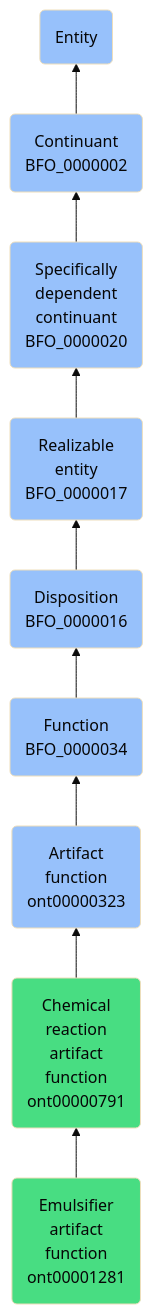
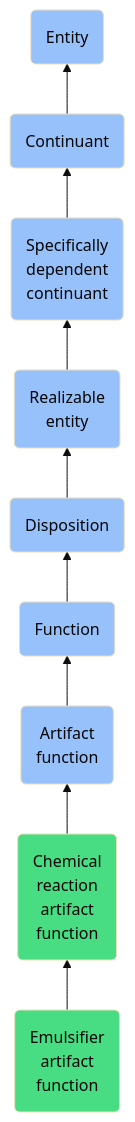
The diagram in docs/ontology/reference/model/Entity/Continuant/Specifically dependent continuant/Realizable entity/Disposition/Function/Artifact function/Chemical reaction artifact function/Emulsifier artifact function/Emulsifier artifact function.md (jupyter-naas/abi), drawn with Mermaid (base theme) before and after one commit. The commit also changed other lines of this file and 1430 other files, not shown here.

````diff
--- a/docs/ontology/reference/model/Entity/Continuant/Specifically dependent continuant/Realizable entity/Disposition/Function/Artifact function/Chemical reaction artifact function/Emulsifier artifact function/Emulsifier artifact function.md
+++ b/docs/ontology/reference/model/Entity/Continuant/Specifically dependent continuant/Realizable entity/Disposition/Function/Artifact function/Chemical reaction artifact function/Emulsifier artifact function/Emulsifier artifact function.md
@@ -24,16 +24,16 @@
 ```mermaid
 graph BT
-    ont00001281(Emulsifier<br>artifact<br>function<br>ont00001281):::ABI-->ont00000791
-    ont00000791(Chemical<br>reaction<br>artifact<br>function<br>ont00000791):::ABI-->ont00000323
-    ont00000323(Artifact<br>function<br>ont00000323):::BFO-->BFO_0000034
-    BFO_0000034(Function<br>BFO_0000034):::BFO-->BFO_0000016
-    BFO_0000016(Disposition<br>BFO_0000016):::BFO-->BFO_0000017
-    BFO_0000017(Realizable<br>entity<br>BFO_0000017):::BFO-->BFO_0000020
-    BFO_0000020(Specifically<br>dependent<br>continuant<br>BFO_0000020):::BFO-->BFO_0000002
-    BFO_0000002(Continuant<br>BFO_0000002):::BFO-->BFO_0000001
+    ont00001281(Emulsifier<br>artifact<br>function):::ABI-->ont00000791
+    ont00000791(Chemical<br>reaction<br>artifact<br>function):::ABI-->ont00000323
+    ont00000323(Artifact<br>function):::BFO-->BFO_0000034
+    BFO_0000034(Function):::BFO-->BFO_0000016
+    BFO_0000016(Disposition):::BFO-->BFO_0000017
+    BFO_0000017(Realizable<br>entity):::BFO-->BFO_0000020
+    BFO_0000020(Specifically<br>dependent<br>continuant):::BFO-->BFO_0000002
+    BFO_0000002(Continuant):::BFO-->BFO_0000001
     BFO_0000001(Entity):::BFO
     
     classDef BFO fill:#97c1fb,color:#060606
     classDef CCO fill:#e4c51e,color:#060606
     classDef ABI fill:#48DD82,color:#060606
 ```
````
